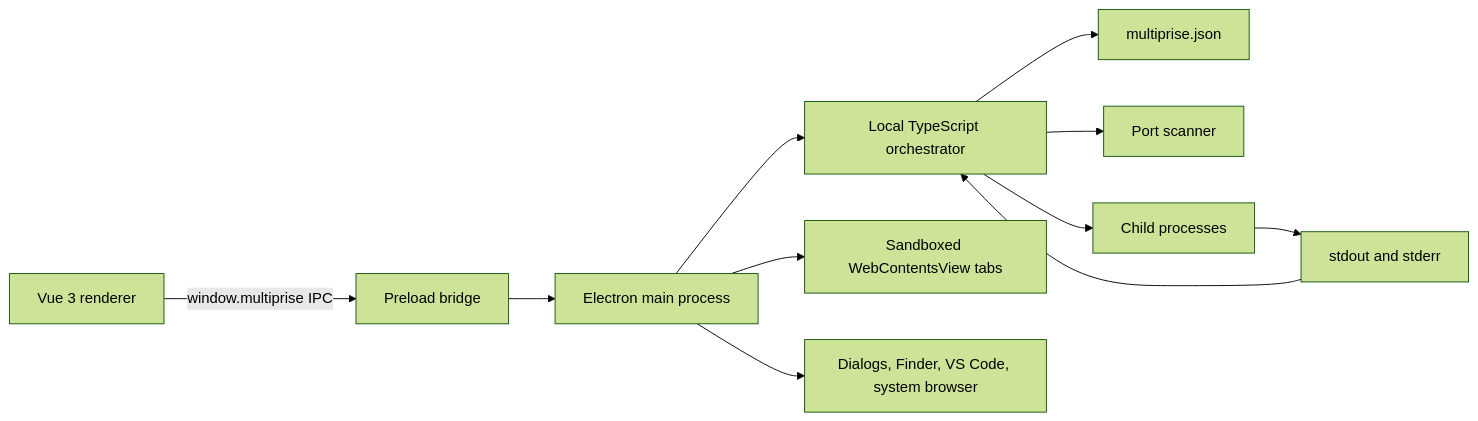
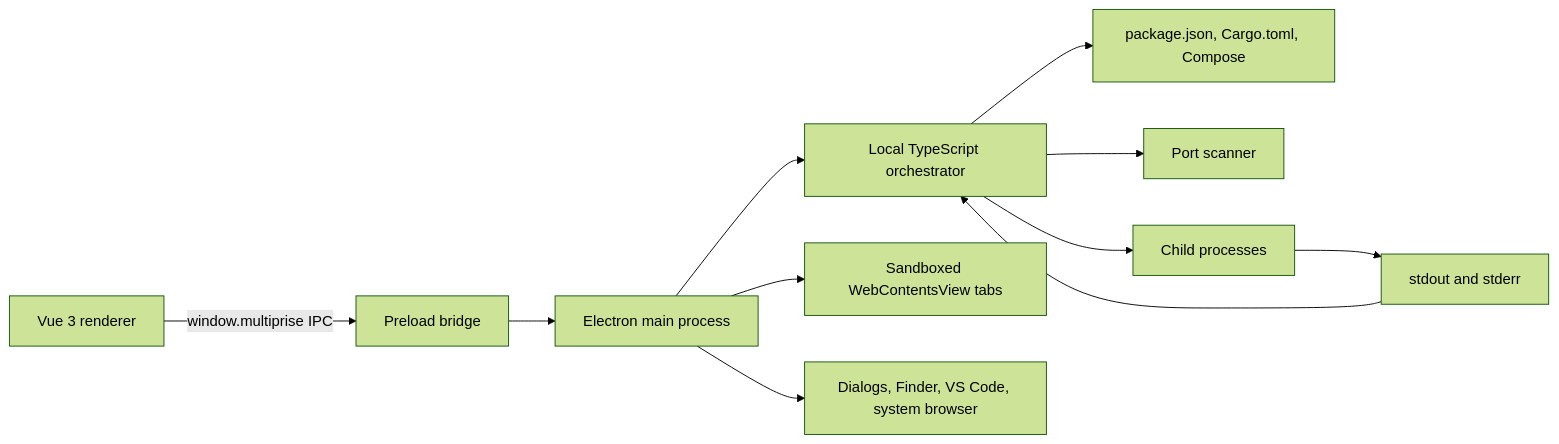
Before and after one commit to djbrl/multiprise: the diagram in README.md, drawn with Mermaid (forest theme). The commit also changed other lines of this file and 10 other files, not shown here.

````diff
--- a/README.md
+++ b/README.md
@@ -162,13 +146,13 @@
 ```mermaid
 flowchart LR
     UI["Vue 3 renderer"] -->|"window.multiprise IPC"| Preload["Preload bridge"]
     Preload --> Main["Electron main process"]
     Main --> API["Local TypeScript orchestrator"]
-    API --> Config["multiprise.json"]
+    API --> Manifests["package.json, Cargo.toml, Compose"]
     API --> Ports["Port scanner"]
     API --> Processes["Child processes"]
     Processes --> Logs["stdout and stderr"]
     Logs --> API
     Main --> Browser["Sandboxed WebContentsView tabs"]
     Main --> Native["Dialogs, Finder, VS Code, system browser"]
 ```
````
